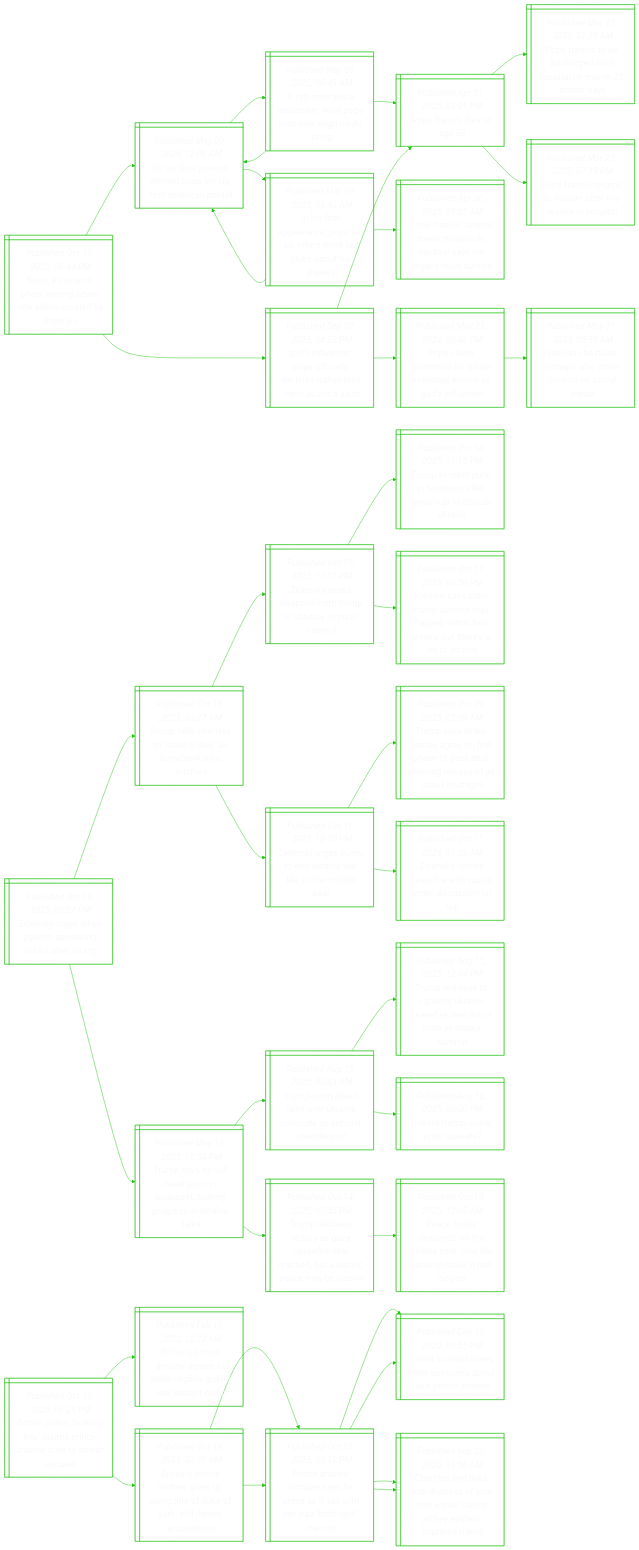
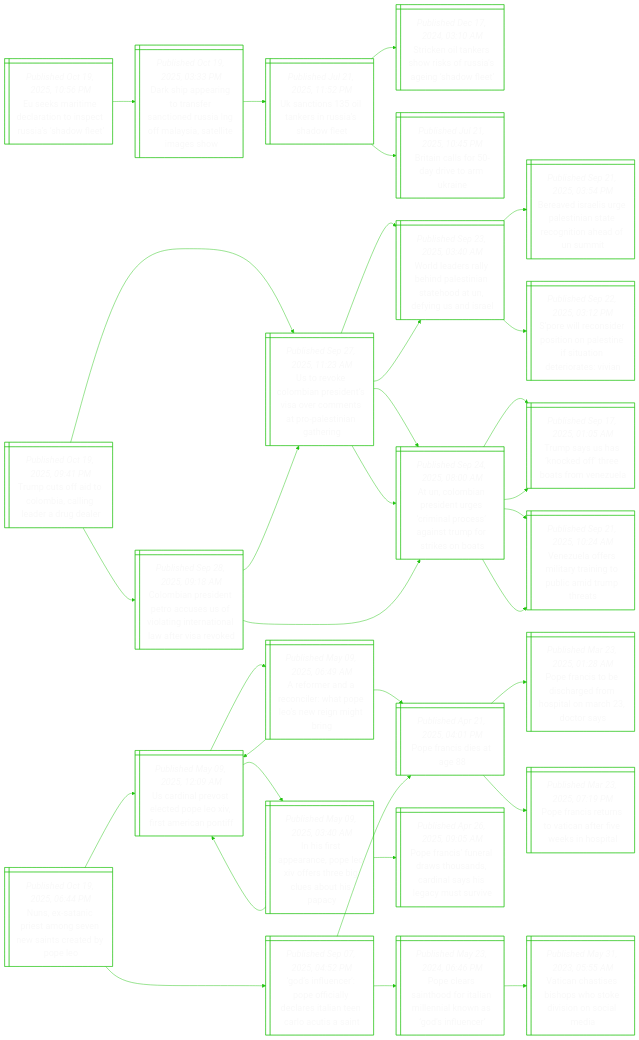
The diagram in README.md (notJmes/notJmes), drawn with Mermaid before and after one commit. The commit also changed other lines of this file, not shown here.

````diff
--- a/README.md
+++ b/README.md
@@ -15,6 +15,68 @@
 %%{init: {'theme':'base', 'themeVariables': {'primaryColor': "transparent", 'primaryTextColor': "#F9F9F9", 'lineColor': "#20C20E", 'primaryBorderColor':'#20C20E'}}}%%
 flowchart LR
 classDef txtsize font-size:20px;
+
+EkidrnsRade@{ shape: win-pane, label: "_Published Oct 19, 2025, 10:56 PM_
+Eu seeks maritime declaration to inspect russia’s ‘shadow fleet’" }
+DhpnrecesGaieeew@{ shape: win-pane, label: "_Published Oct 19, 2025, 03:33 PM_
+Dark ship appearing to transfer sanctioned russia lng off malaysia, satellite images show" }
+Ucsassswt@{ shape: win-pane, label: "_Published Jul 21, 2025, 11:52 PM_
+Uk sanctions 135 oil tankers in russia’s shadow fleet" }
+Skleokusnde@{ shape: win-pane, label: "_Published Dec 17, 2024, 03:10 AM_
+Stricken oil tankers show risks of russia’s ageing ‘shadow fleet’" }
+Bildiar@{ shape: win-pane, label: "_Published Jul 21, 2025, 10:45 PM_
+Britain calls for 50-day drive to arm ukraine" }
+
+EkidrnsRade:::txtsize --> DhpnrecesGaieeew:::txtsize
+DhpnrecesGaieeew:::txtsize --> Ucsassswt:::txtsize
+Ucsassswt:::txtsize --> Skleokusnde:::txtsize
+Ucsassswt:::txtsize --> Bildiar:::txtsize
+
+Tcftocndra@{ shape: win-pane, label: "_Published Oct 19, 2025, 09:41 PM_
+Trump cuts off aid to colombia, calling leader a drug dealer" }
+UeCbreiemaPtne@{ shape: win-pane, label: "_Published Sep 27, 2025, 11:23 AM_
+Us to revoke colombian president’s visa over comments at pro-palestinian gathering" }
+WlrlilntoUySs@{ shape: win-pane, label: "_Published Sep 23, 2025, 03:40 AM_
+World leaders rally behind palestinian statehood at un, defying us and israel" }
+BvrsPtnegoaNi@{ shape: win-pane, label: "_Published Sep 21, 2025, 03:54 PM_
+Bereaved israelis urge palestinian state recognition ahead of un summit" }
+Sweiooaisteosa@{ shape: win-pane, label: "_Published Sep 22, 2025, 03:12 PM_
+S’pore will reconsider position on palestine if situation deteriorates: vivian" }
+Aoienempsiroins@{ shape: win-pane, label: "_Published Sep 24, 2025, 08:00 AM_
+At un, colombian president urges ‘criminal process’ against trump for strikes on boats" }
+TsSndhornl@{ shape: win-pane, label: "_Published Sep 17, 2025, 01:05 AM_
+Trump says us has ‘knocked off’ three boats from venezuela" }
+Vufmaagbmur@{ shape: win-pane, label: "_Published Sep 21, 2025, 10:24 AM_
+Venezuela offers military training to public amid trump threats" }
+CbretcUiittlfiv@{ shape: win-pane, label: "_Published Sep 28, 2025, 09:18 AM_
+Colombian president petro accuses us of violating international law after visa revoked" }
+UeCbreiemaPtne@{ shape: win-pane, label: "_Published Sep 27, 2025, 11:23 AM_
+Us to revoke colombian president’s visa over comments at pro-palestinian gathering" }
+WlrlilntoUySs@{ shape: win-pane, label: "_Published Sep 23, 2025, 03:40 AM_
+World leaders rally behind palestinian statehood at un, defying us and israel" }
+Aoienempsiroins@{ shape: win-pane, label: "_Published Sep 24, 2025, 08:00 AM_
+At un, colombian president urges ‘criminal process’ against trump for strikes on boats" }
+Aoienempsiroins@{ shape: win-pane, label: "_Published Sep 24, 2025, 08:00 AM_
+At un, colombian president urges ‘criminal process’ against trump for strikes on boats" }
+TsSndhornl@{ shape: win-pane, label: "_Published Sep 17, 2025, 01:05 AM_
+Trump says us has ‘knocked off’ three boats from venezuela" }
+Vufmaagbmur@{ shape: win-pane, label: "_Published Sep 21, 2025, 10:24 AM_
+Venezuela offers military training to public amid trump threats" }
+
+Tcftocndra:::txtsize --> UeCbreiemaPtne:::txtsize
+UeCbreiemaPtne:::txtsize --> WlrlilntoUySs:::txtsize
+WlrlilntoUySs:::txtsize --> BvrsPtnegoaNi:::txtsize
+WlrlilntoUySs:::txtsize --> Sweiooaisteosa:::txtsize
+UeCbreiemaPtne:::txtsize --> Aoienempsiroins:::txtsize
+Aoienempsiroins:::txtsize --> TsSndhornl:::txtsize
+Aoienempsiroins:::txtsize --> Vufmaagbmur:::txtsize
+Tcftocndra:::txtsize --> CbretcUiittlfiv:::txtsize
+CbretcUiittlfiv:::txtsize --> UeCbreiemaPtne:::txtsize
+UeCbreiemaPtne:::txtsize --> WlrlilntoUySs:::txtsize
+UeCbreiemaPtne:::txtsize --> Aoienempsiroins:::txtsize
+CbretcUiittlfiv:::txtsize --> Aoienempsiroins:::txtsize
+Aoienempsiroins:::txtsize --> TsSndhornl:::txtsize
+Aoienempsiroins:::txtsize --> Vufmaagbmur:::txtsize
 
 Nxnimeenebe@{ shape: win-pane, label: "_Published Oct 19, 2025, 06:44 PM_
 Nuns, ex-satanic priest among seven new saints created by pope leo" }
@@ -59,75 +121,4 @@
 Gnnoflcsielta:::txtsize --> Plsholinnsie:::txtsize
 Plsholinnsie:::txtsize --> Vassooesnai:::txtsize
 
-ZsglgtaRari@{ shape: win-pane, label: "_Published Oct 19, 2025, 06:27 PM_
-Zelensky urges allies against appeasing russia after us trip" }
-TtZsmdshlss@{ shape: win-pane, label: "_Published Oct 18, 2025, 03:27 AM_
-Trump tells zelensky to ‘make a deal’ as tomahawk plea misfires" }
-Zseafrnouu@{ shape: win-pane, label: "_Published Oct 17, 2025, 10:31 PM_
-Zelensky seeks weapons from trump in shadow of putin summit" }
-Tttndtrttcke@{ shape: win-pane, label: "_Published Oct 16, 2025, 11:15 PM_
-Trump to meet putin in budapest after ‘great’ call to discuss ukraine" }
-Kisnpihniwbelds@{ shape: win-pane, label: "_Published Oct 17, 2025, 06:50 PM_
-Kremlin says putin-trump summit may happen within two weeks, but there’s a lot to do first" }
-Zsguerwkhds@{ shape: win-pane, label: "_Published Oct 11, 2025, 10:10 PM_
-Zelensky urges trump to end ukraine war like in ‘the middle east’" }
-TssHaossaaorslaoe@{ shape: win-pane, label: "_Published Oct 09, 2025, 05:09 AM_
-Trump says israel, hamas agree on first phase of gaza deal, allowing release of all israeli hostages" }
-Zsneitsdsit@{ shape: win-pane, label: "_Published Oct 11, 2024, 01:22 AM_
-Zelensky denies ceasefire with russia under discussion on trip" }
-Tsemunpogrnil@{ shape: win-pane, label: "_Published May 19, 2025, 10:54 PM_
-Trump says he will meet putin in budapest, touting progress in ukraine talks" }
-TPdtsUncamre@{ shape: win-pane, label: "_Published Aug 16, 2025, 03:43 AM_
-Trump-putin direct talks over ukraine conclude as summit stretches on" }
-Tweszaeiaoilst@{ shape: win-pane, label: "_Published Aug 15, 2025, 12:04 PM_
-Trump will seek to squeeze ukraine ceasefire deal out of putin at alaska summit" }
-Ddplee@{ shape: win-pane, label: "_Published Aug 15, 2025, 06:00 PM_
-Donald trump: nobel prize laureate?" }
-Tdrcaaededlncbs@{ shape: win-pane, label: "_Published Oct 14, 2025, 07:45 PM_
-Trump declares victory as gaza ceasefire deal reached, but a lasting peace may be elusive" }
-PflcoMeNelale@{ shape: win-pane, label: "_Published Oct 14, 2025, 12:05 AM_
-Peace finally descends on the middle east: now the battle to make it last begins" }
-
-ZsglgtaRari:::txtsize --> TtZsmdshlss:::txtsize
-TtZsmdshlss:::txtsize --> Zseafrnouu:::txtsize
-Zseafrnouu:::txtsize --> Tttndtrttcke:::txtsize
-Zseafrnouu:::txtsize --> Kisnpihniwbelds:::txtsize
-TtZsmdshlss:::txtsize --> Zsguerwkhds:::txtsize
-Zsguerwkhds:::txtsize --> TssHaossaaorslaoe:::txtsize
-Zsguerwkhds:::txtsize --> Zsneitsdsit:::txtsize
-ZsglgtaRari:::txtsize --> Tsemunpogrnil:::txtsize
-Tsemunpogrnil:::txtsize --> TPdtsUncamre:::txtsize
-TPdtsUncamre:::txtsize --> Tweszaeiaoilst:::txtsize
-TPdtsUncamre:::txtsize --> Ddplee:::txtsize
-Tsemunpogrnil:::txtsize --> Tdrcaaededlncbs:::txtsize
-Tdrcaaededlncbs:::txtsize --> PflcoMeNelale:::txtsize
-
-BsioilPeeemcr@{ shape: win-pane, label: "_Published Oct 19, 2025, 06:21 PM_
-British police ‘looking into’ claims prince andrew tried to smear accuser" }
-BiingunluYteaas@{ shape: win-pane, label: "_Published Oct 18, 2025, 03:26 AM_
-Britain’s prince andrew gives up using title of duke of york, still denies accusations" }
-Peeuaaaehatho@{ shape: win-pane, label: "_Published Oct 16, 2025, 06:12 PM_
-Prince andrew accuser says he acted as if sex with her was ‘birthright’: memoir" }
-Ltdiruooscr@{ shape: win-pane, label: "_Published Dec 15, 2024, 08:55 PM_
-Latest scandal raises fresh questions about uk’s prince andrew" }
-CtnkheYvalJetuen@{ shape: win-pane, label: "_Published Sep 23, 2025, 12:56 AM_
-Charities end links with duchess of york over e-mail calling jeffrey epstein ‘supreme friend’" }
-Peeuaaaehatho@{ shape: win-pane, label: "_Published Oct 16, 2025, 06:12 PM_
-Prince andrew accuser says he acted as if sex with her was ‘birthright’: memoir" }
-Ltdiruooscr@{ shape: win-pane, label: "_Published Dec 15, 2024, 08:55 PM_
-Latest scandal raises fresh questions about uk’s prince andrew" }
-CtnkheYvalJetuen@{ shape: win-pane, label: "_Published Sep 23, 2025, 12:56 AM_
-Charities end links with duchess of york over e-mail calling jeffrey epstein ‘supreme friend’" }
-Biinastiifeal@{ shape: win-pane, label: "_Published Feb 16, 2022, 12:22 AM_
-Britain's prince andrew agrees to settle virginia giuffre sex assault claim" }
-
-BsioilPeeemcr:::txtsize --> BiingunluYteaas:::txtsize
-BiingunluYteaas:::txtsize --> Peeuaaaehatho:::txtsize
-Peeuaaaehatho:::txtsize --> Ltdiruooscr:::txtsize
-Peeuaaaehatho:::txtsize --> CtnkheYvalJetuen:::txtsize
-BiingunluYteaas:::txtsize --> Peeuaaaehatho:::txtsize
-Peeuaaaehatho:::txtsize --> Ltdiruooscr:::txtsize
-Peeuaaaehatho:::txtsize --> CtnkheYvalJetuen:::txtsize
-BsioilPeeemcr:::txtsize --> Biinastiifeal:::txtsize
-
 ```
````
